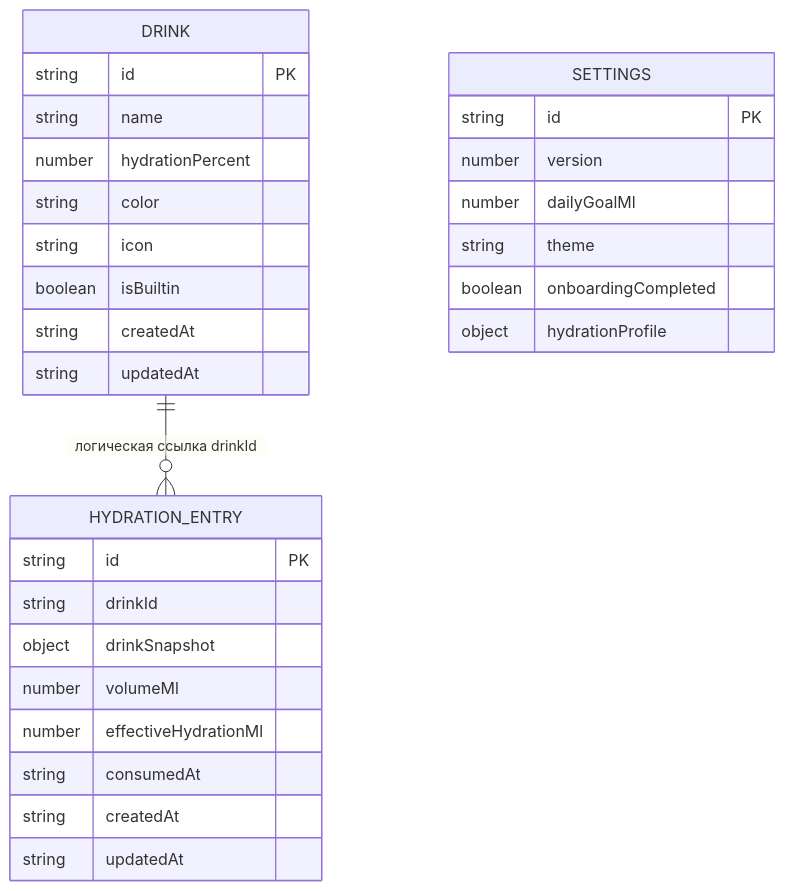
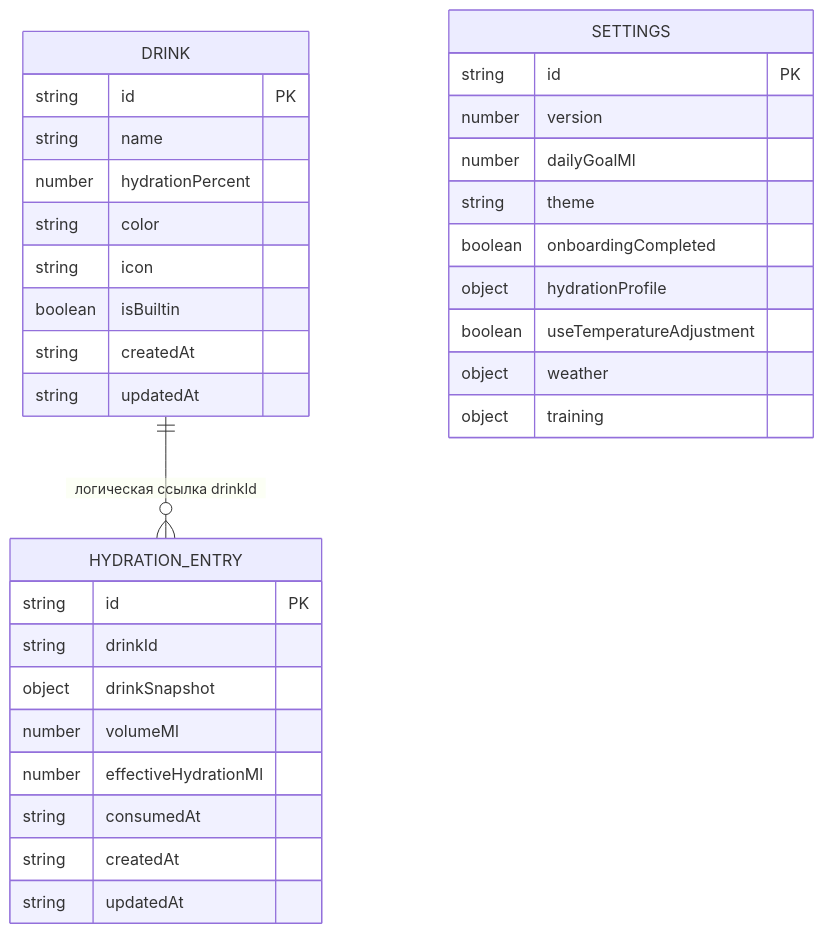
Before and after one commit to muchunzyan/water-tracker: the diagram in docs/architecture.md, drawn with Mermaid. The commit also changed other lines of this file and 22 other files, not shown here.

Commit message:
Adjust daily goal for weather and training

````diff
--- a/docs/architecture.md
+++ b/docs/architecture.md
@@ -239,32 +239,35 @@
 ```mermaid
 erDiagram
   DRINK ||--o{ HYDRATION_ENTRY : "логическая ссылка drinkId"
   DRINK {
     string id PK
     string name
     number hydrationPercent
     string color
     string icon
     boolean isBuiltin
     string createdAt
     string updatedAt
   }
   HYDRATION_ENTRY {
     string id PK
     string drinkId
     object drinkSnapshot
     number volumeMl
     number effectiveHydrationMl
     string consumedAt
     string createdAt
     string updatedAt
   }
   SETTINGS {
     string id PK
     number version
     number dailyGoalMl
     string theme
     boolean onboardingCompleted
     object hydrationProfile
+    boolean useTemperatureAdjustment
+    object weather
+    object training
   }
 ```
````
